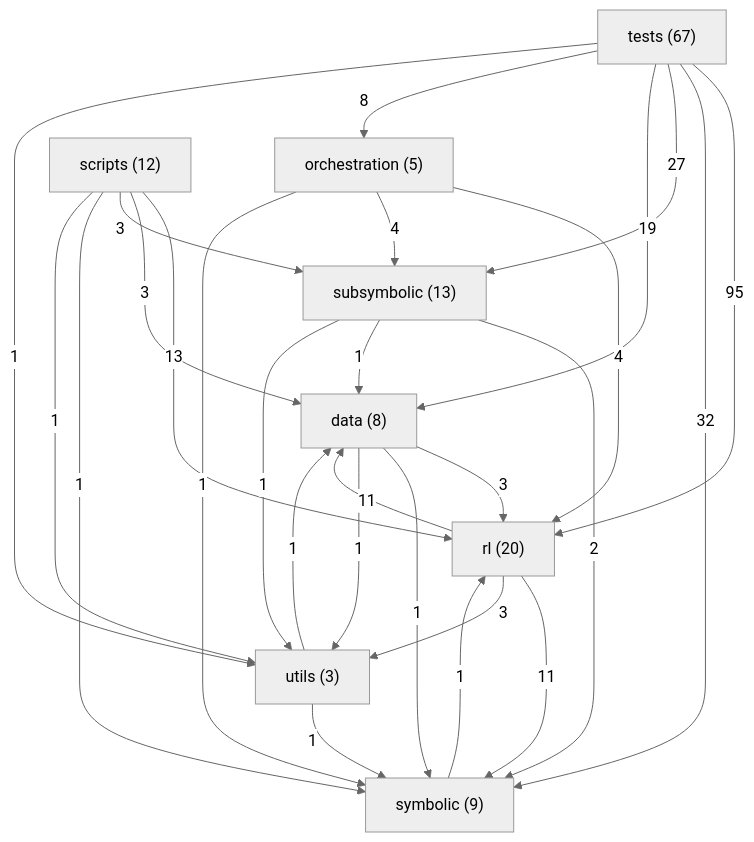
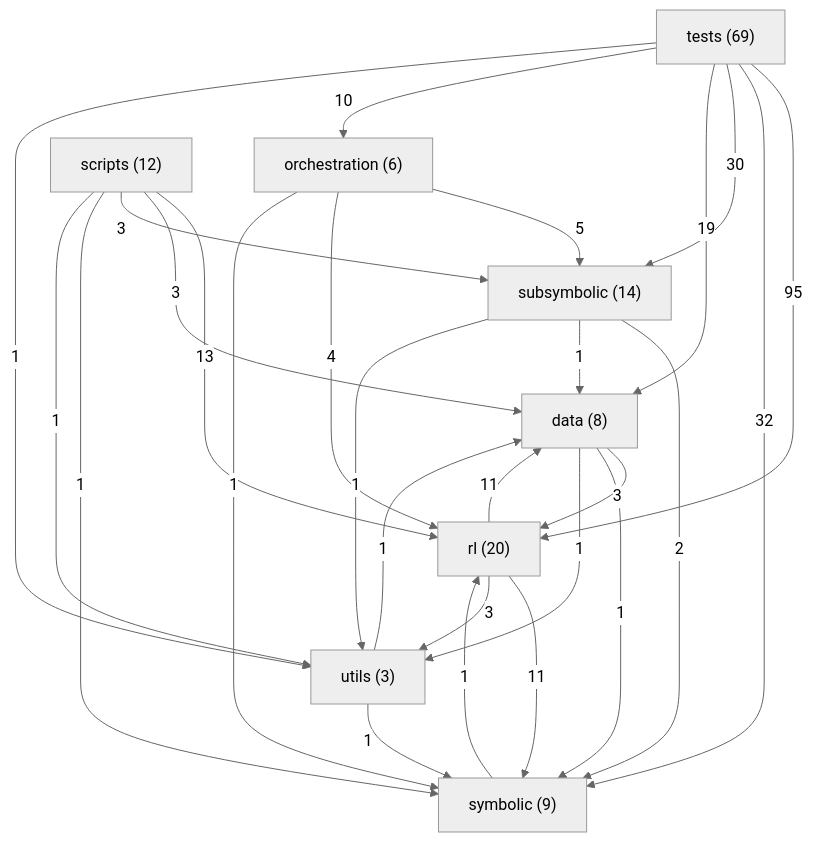
One commit to danrd/ARC-AGI changed the diagram in ARCHITECTURE.md. Above: the diagram before and after it, drawn with Mermaid (neutral theme). The commit also changed other lines of this file and 9 other files, not shown here.

````diff
--- a/ARCHITECTURE.md
+++ b/ARCHITECTURE.md
@@ -162,37 +170,37 @@
 ```mermaid
 graph TD
   data["data (8)"]
-  orchestration["orchestration (5)"]
+  orchestration["orchestration (6)"]
   rl["rl (20)"]
   scripts["scripts (12)"]
-  subsymbolic["subsymbolic (13)"]
+  subsymbolic["subsymbolic (14)"]
   symbolic["symbolic (9)"]
-  tests["tests (67)"]
+  tests["tests (69)"]
   utils["utils (3)"]
   tests -->|95| rl
   tests -->|32| symbolic
-  tests -->|27| subsymbolic
+  tests -->|30| subsymbolic
   tests -->|19| data
   scripts -->|13| rl
   rl -->|11| data
   rl -->|11| symbolic
-  tests -->|8| orchestration
+  tests -->|10| orchestration
+  orchestration -->|5| subsymbolic
   orchestration -->|4| rl
-  orchestration -->|4| subsymbolic
   data -->|3| rl
   rl -->|3| utils
   scripts -->|3| data
   scripts -->|3| subsymbolic
   subsymbolic -->|2| symbolic
   data -->|1| symbolic
   data -->|1| utils
   orchestration -->|1| symbolic
   scripts -->|1| symbolic
   scripts -->|1| utils
   subsymbolic -->|1| data
   subsymbolic -->|1| utils
   symbolic -->|1| rl
   tests -->|1| utils
   utils -->|1| data
   utils -->|1| symbolic
 ```
````
